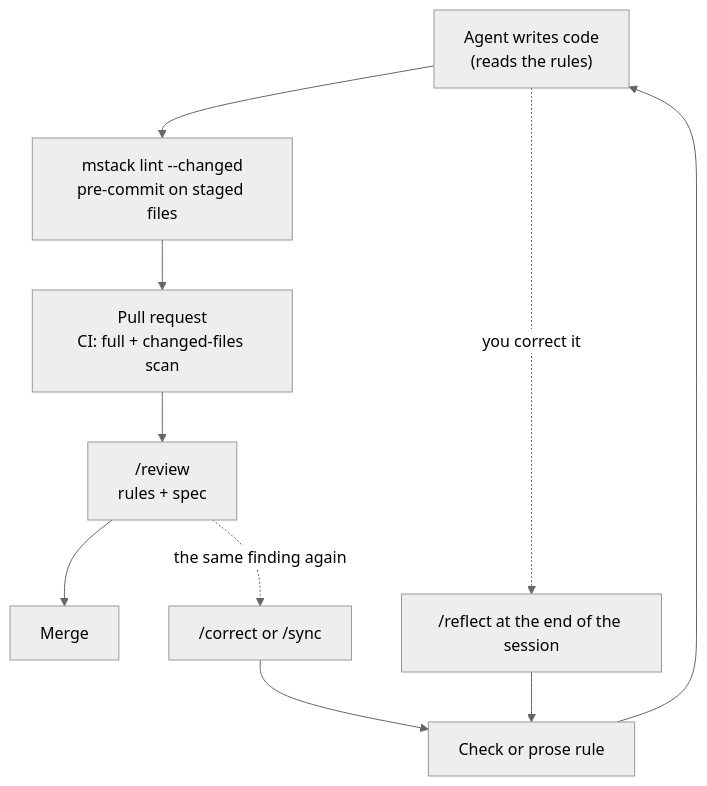
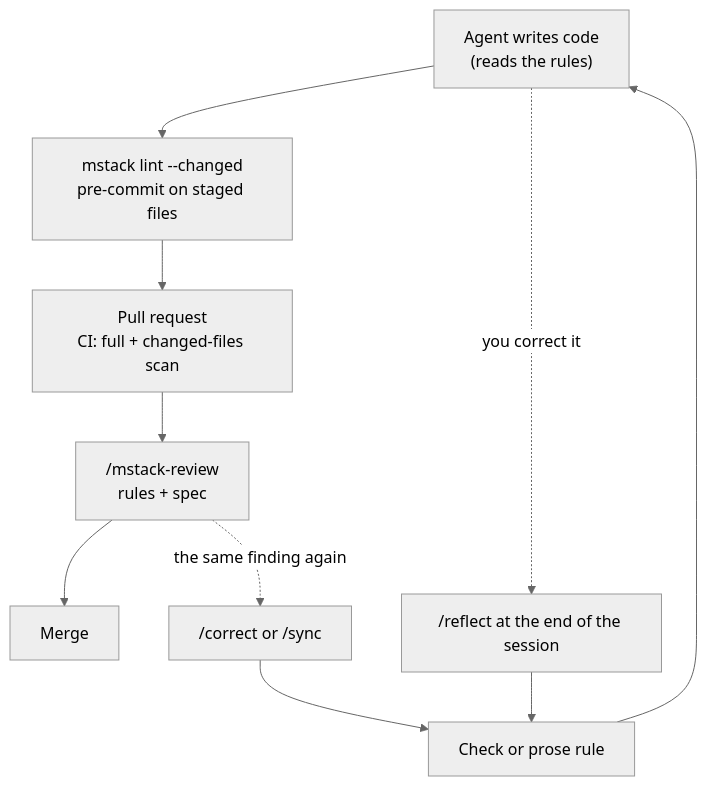
Before and after one commit to justmatias/mstack: the second of 2 diagrams in docs/workflow.md, drawn with Mermaid (neutral theme). The commit also changed other lines of this file and 8 other files, not shown here.

````diff
--- a/docs/workflow.md
+++ b/docs/workflow.md
@@ -58,12 +58,12 @@
 ```mermaid
 flowchart TD
     write["Agent writes code<br/>(reads the rules)"] --> local["mstack lint --changed<br/>pre-commit on staged files"]
     local --> pr["Pull request<br/>CI: full + changed-files scan"]
-    pr --> rev["/review<br/>rules + spec"]
+    pr --> rev["/mstack-review<br/>rules + spec"]
     rev --> merge["Merge"]
     write -. "you correct it" .-> refl["/reflect at the end of the session"]
     rev -. "the same finding again" .-> corr["/correct or /sync"]
     refl --> rules["Check or prose rule"]
     corr --> rules
     rules --> write
 ```
````
